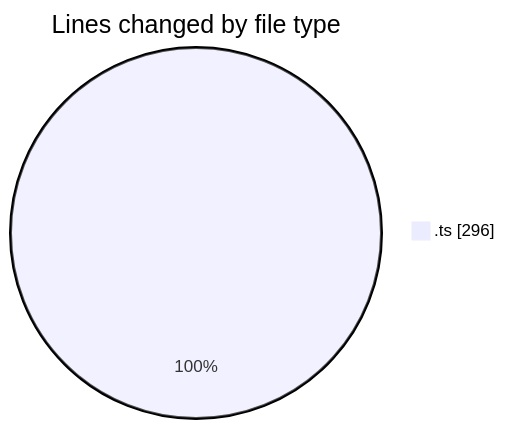
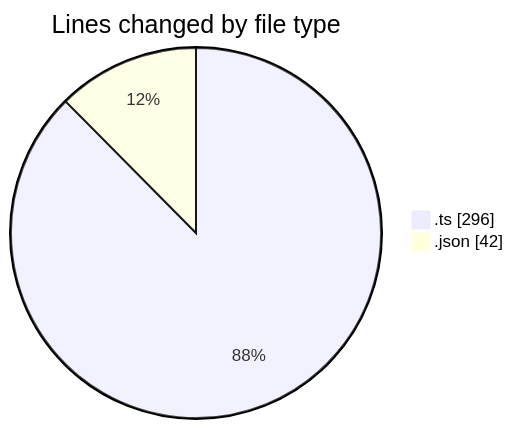
The first of 2 diagrams in 2025-01-14/github-activity-tracker/README.md (momahboobian/code-tracking), drawn with Mermaid before and after one commit. The commit also changed other lines of this file and 1 other file, not shown here.

Commit message:
type(github-activity-tracker): Increased lines added and active time in activity.json by 35 minutes due to changes in webhookController.ts, authController.ts, and index.ts. Modified files: activity.json, README.md

````diff
--- a/2025-01-14/github-activity-tracker/README.md
+++ b/2025-01-14/github-activity-tracker/README.md
@@ -25,5 +26,6 @@
 ```mermaid
 pie showData
 title Lines changed by file type
 ".ts" : 296
+".json" : 42
 ```
````
